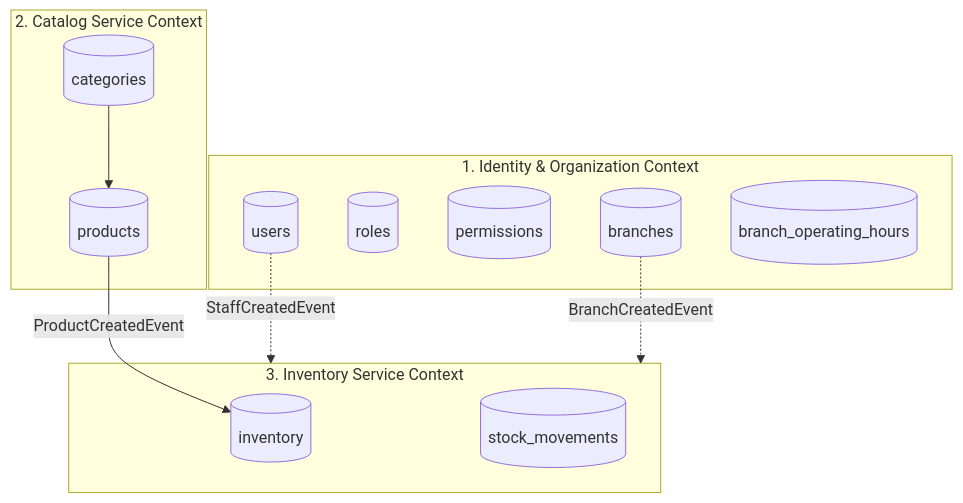
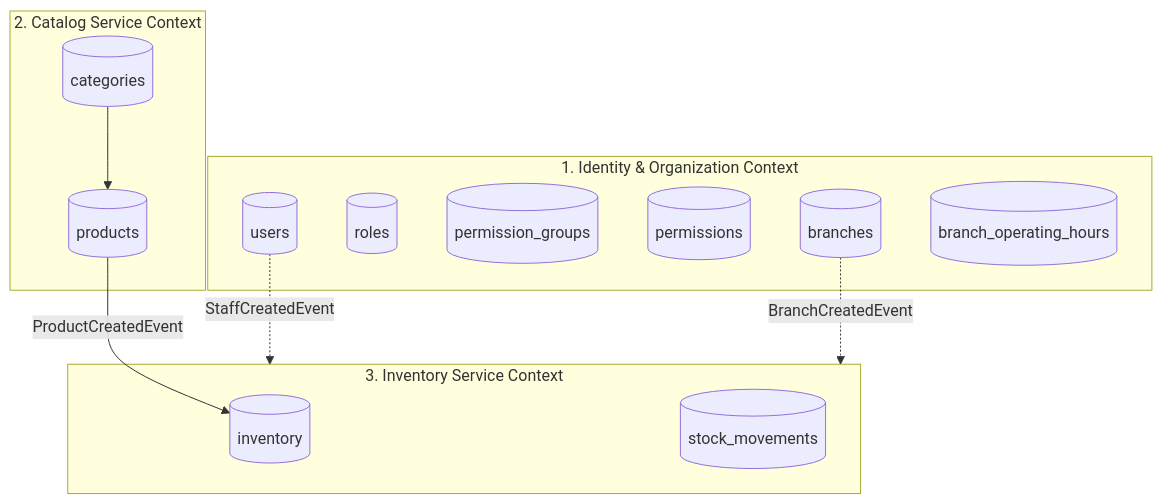
The third of 3 diagrams in docs/SYSTEM_SPECIFICATION_AND_ROLES.md (EngWaleed999/POS), drawn with Mermaid before and after one commit. The commit also changed other lines of this file and 15 other files, not shown here.

First line of the commit message:
feat: Implement dynamic RBAC with reusable permission groups and enhance authorization strategy

````diff
--- a/docs/SYSTEM_SPECIFICATION_AND_ROLES.md
+++ b/docs/SYSTEM_SPECIFICATION_AND_ROLES.md
@@ -317,25 +345,26 @@
 ```mermaid
 flowchart TD
     subgraph Identity_Context ["1. Identity & Organization Context"]
         T_Users[(users)]
         T_Roles[(roles)]
+        T_PermGroups[(permission_groups)]
         T_Perms[(permissions)]
         T_Branches[(branches)]
         T_Hours[(branch_operating_hours)]
     end
 
     subgraph Catalog_Context ["2. Catalog Service Context"]
         T_Cat[(categories)]
         T_Prod[(products)]
     end
 
     subgraph Inventory_Context ["3. Inventory Service Context"]
         T_Inv[(inventory)]
         T_Move[(stock_movements)]
     end
 
     T_Users -.->|StaffCreatedEvent| Inventory_Context
     T_Branches -.->|BranchCreatedEvent| Inventory_Context
     T_Prod -->|ProductCreatedEvent| T_Inv
     T_Cat --> T_Prod
 ```
````
